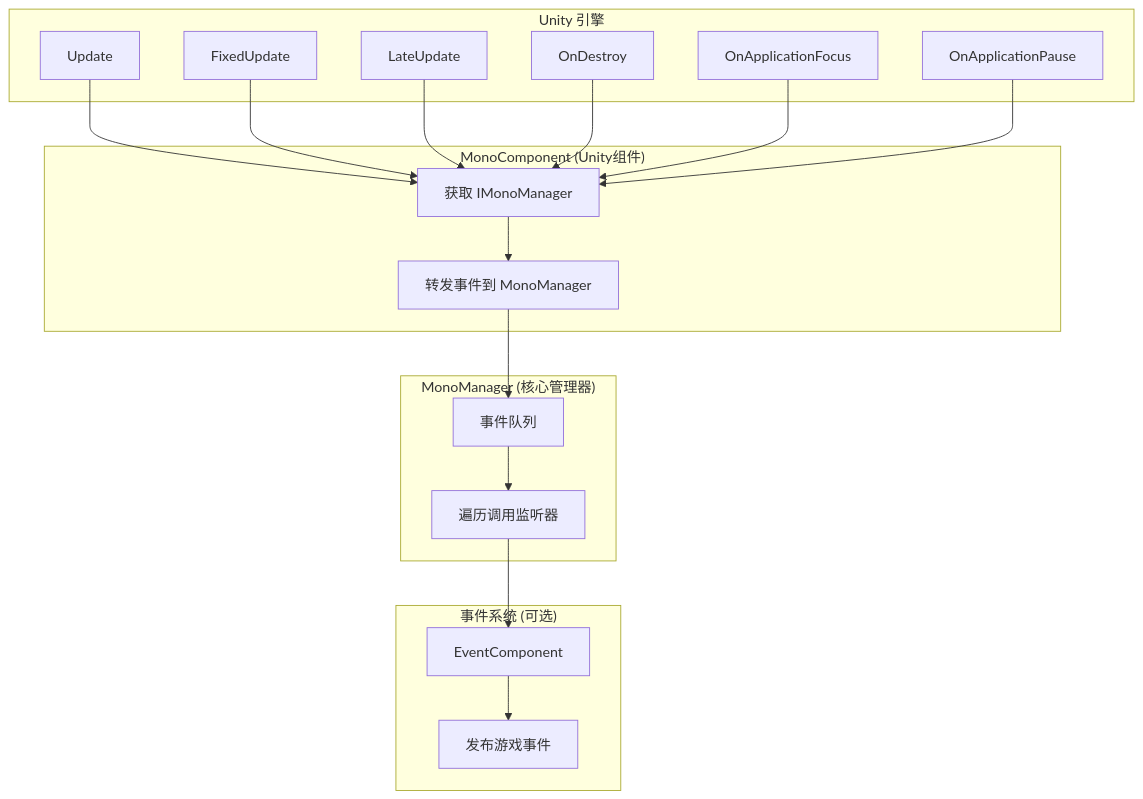
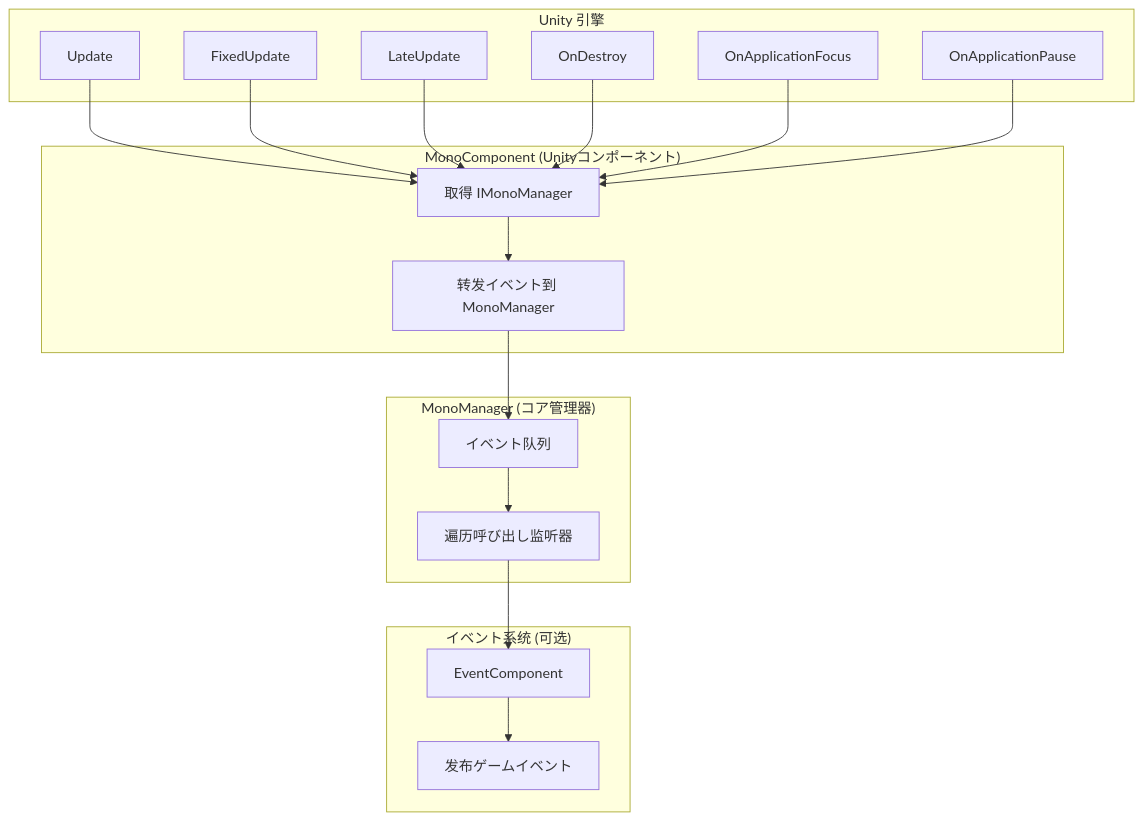
The first of 2 diagrams in docs/ja/client/unity/component/mono/03.getting-started.md (AlianBlank/GameFrameX.Docs), drawn with Mermaid before and after one commit. The commit also changed other lines of this file and 603 other files, not shown here.

````diff
--- a/docs/ja/client/unity/component/mono/03.getting-started.md
+++ b/docs/ja/client/unity/component/mono/03.getting-started.md
@@ -13,39 +13,39 @@
 ```mermaid
 flowchart TD
     subgraph Unity["Unity 引擎"]
         Update[Update]
         FixedUpdate[FixedUpdate]
         LateUpdate[LateUpdate]
         OnDestroy[OnDestroy]
         OnAppFocus[OnApplicationFocus]
         OnAppPause[OnApplicationPause]
     end
 
-    subgraph MonoComponent["MonoComponent (Unity组件)"]
-        MC_Get[获取 IMonoManager]
-        MC_Forward[转发事件到 MonoManager]
+    subgraph MonoComponent["MonoComponent (Unityコンポーネント)"]
+        MC_Get[取得 IMonoManager]
+        MC_Forward[转发イベント到 MonoManager]
     end
 
-    subgraph MonoManager["MonoManager (核心管理器)"]
-        MM_Queue[事件队列]
-        MM_Invoke[遍历调用监听器]
+    subgraph MonoManager["MonoManager (コア管理器)"]
+        MM_Queue[イベント队列]
+        MM_Invoke[遍历呼び出し监听器]
     end
 
-    subgraph EventSystem["事件系统 (可选)"]
+    subgraph EventSystem["イベント系统 (可选)"]
         EC[EventComponent]
-        Fire[发布游戏事件]
+        Fire[发布ゲームイベント]
     end
 
     Update --> MC_Get
     FixedUpdate --> MC_Get
     LateUpdate --> MC_Get
     OnDestroy --> MC_Get
     OnAppFocus --> MC_Get
     OnAppPause --> MC_Get
 
     MC_Get --> MC_Forward
     MC_Forward --> MM_Queue
     MM_Queue --> MM_Invoke
     MM_Invoke --> EC
     EC --> Fire
 ```
````
